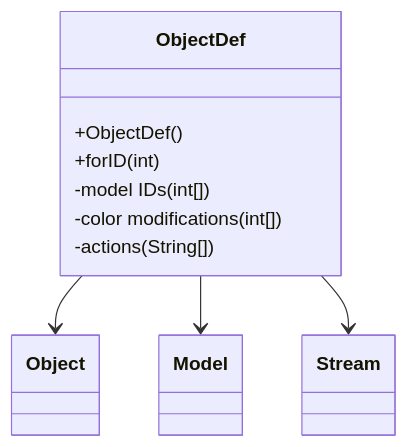
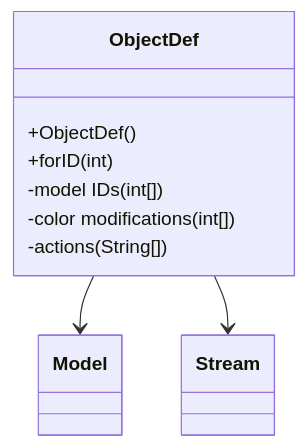
The diagram in bytecode/mapping/evidence/verified/ObjectDef_YZDBYLRM.md (daxxog/solmud), drawn with Mermaid before and after one commit. The commit also changed 19 other files, not shown here.

````diff
--- a/bytecode/mapping/evidence/verified/ObjectDef_YZDBYLRM.md
+++ b/bytecode/mapping/evidence/verified/ObjectDef_YZDBYLRM.md
@@ -16,11 +16,11 @@
 ```mermaid
 classDiagram
-    ObjectDef --> Object
+    
     ObjectDef --> Model
     ObjectDef --> Stream
     ObjectDef : +ObjectDef()
     ObjectDef : +forID(int)
     ObjectDef : -model IDs (int[])
     ObjectDef : -color modifications (int[])
     ObjectDef : -actions (String[])
 ```
````
